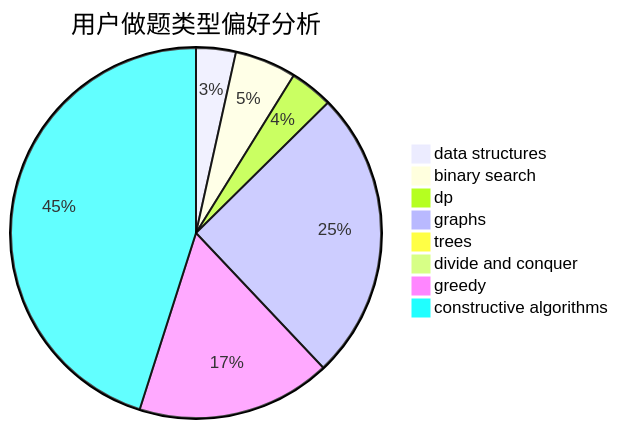
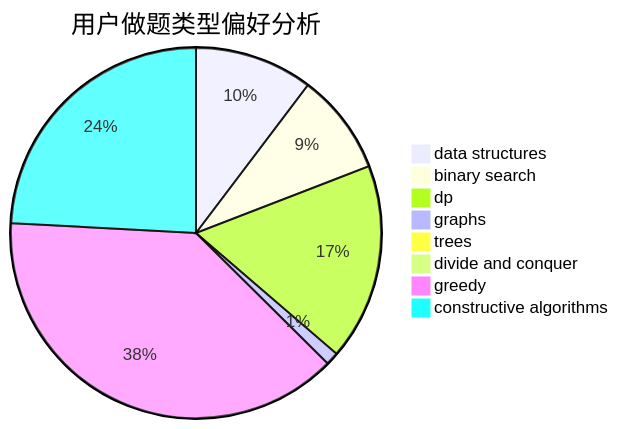
The second of 3 diagrams in docs/user/u1417.md (sherpahu/cfrs.github.io), drawn with Mermaid before and after one commit. The commit also changed other lines of this file and 2770 other files, not shown here.

````diff
--- a/docs/user/u1417.md
+++ b/docs/user/u1417.md
@@ -23,11 +23,11 @@
 ```mermaid
 pie title 用户做题类型偏好分析
-    "data structures" :  69
-    "binary search" :  107
-    "dp" :  75
-    "graphs" :  505
+    "data structures" :  146
+    "binary search" :  125
+    "dp" :  243
+    "graphs" :  16
     "trees" :  0
     "divide and conquer" :  0
-    "greedy" :  338
-    "constructive algorithms" :  898
+    "greedy" :  544
+    "constructive algorithms" :  342
 ```
````
